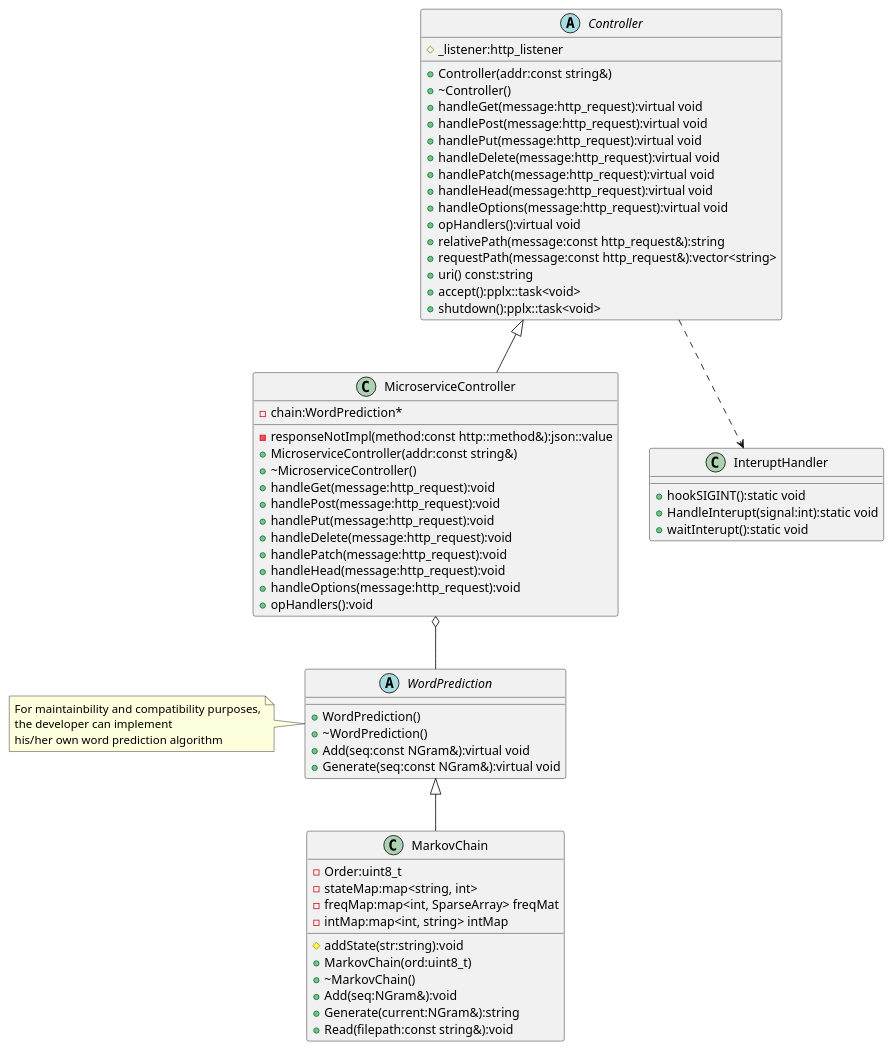
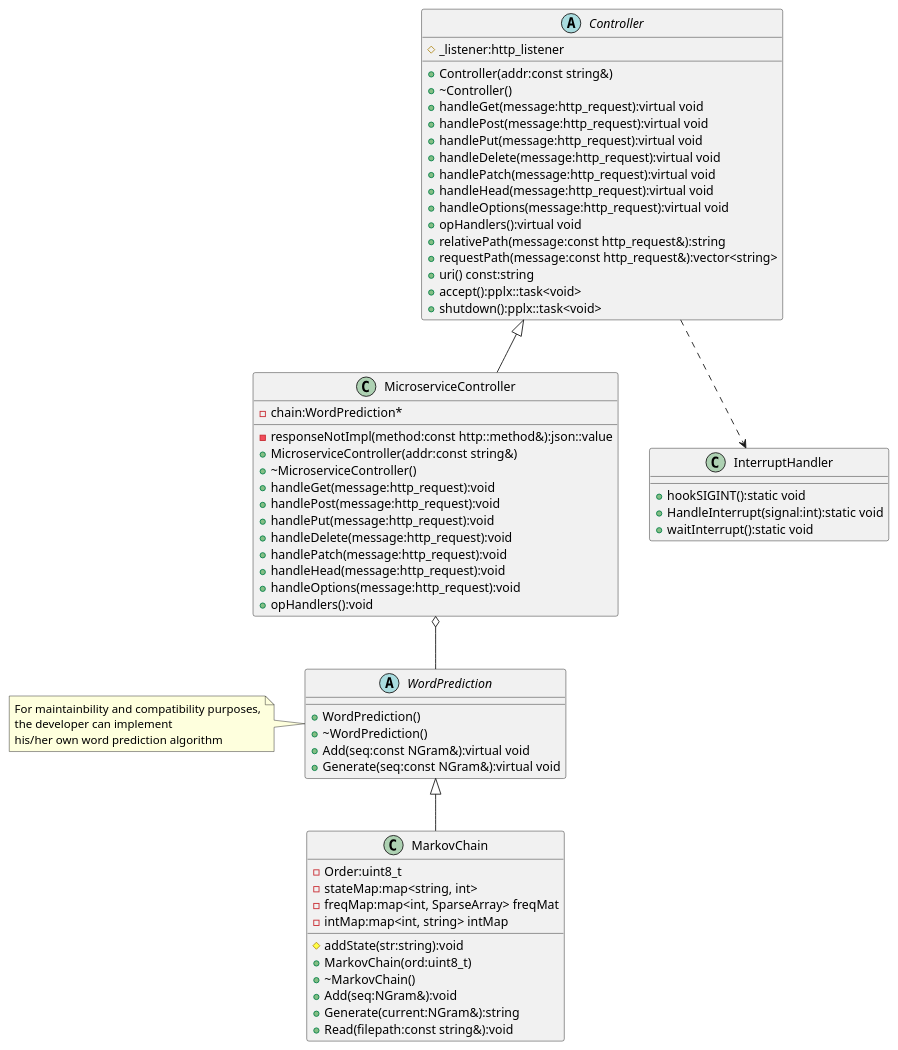
The diagram in markovplay.puml (afairon/markov-cpp-playground), drawn with PlantUML before and after one commit. The commit also changed 3 other files, not shown here.

```diff
--- a/markovplay.puml
+++ b/markovplay.puml
@@ -1,76 +1,76 @@
 @startuml Markov Playground
 
 skinparam classFontSize 16
 skinparam ClassAttributeFontSize 14
 
 abstract Controller {
     #_listener:http_listener
     +Controller(addr:const string&)
     +~Controller()
     +handleGet(message:http_request):virtual void
     +handlePost(message:http_request):virtual void
     +handlePut(message:http_request):virtual void
     +handleDelete(message:http_request):virtual void
     +handlePatch(message:http_request):virtual void
     +handleHead(message:http_request):virtual void
     +handleOptions(message:http_request):virtual void
     +opHandlers():virtual void
     +relativePath(message:const http_request&):string
     +requestPath(message:const http_request&):vector<string>
     +uri() const:string
     +accept():pplx::task<void>
     +shutdown():pplx::task<void>
 }
 
 class MicroserviceController {
     -chain:WordPrediction*
     -responseNotImpl(method:const http::method&):json::value
     +MicroserviceController(addr:const string&)
     +~MicroserviceController()
     +handleGet(message:http_request):void
     +handlePost(message:http_request):void
     +handlePut(message:http_request):void
     +handleDelete(message:http_request):void
     +handlePatch(message:http_request):void
     +handleHead(message:http_request):void
     +handleOptions(message:http_request):void
     +opHandlers():void
 }
 
-class InteruptHandler {
+class InterruptHandler {
     +hookSIGINT():static void
-    +HandleInterupt(signal:int):static void
-    +waitInterupt():static void
+    +HandleInterrupt(signal:int):static void
+    +waitInterrupt():static void
 }
 
 Controller <|-- MicroserviceController
-Controller ..> InteruptHandler
+Controller ..> InterruptHandler
 
 abstract class WordPrediction {
     +WordPrediction()
     +~WordPrediction()
     +Add(seq:const NGram&):virtual void
     +Generate(seq:const NGram&):virtual void
 }
 
 Class MarkovChain {
     -Order:uint8_t
     -stateMap:map<string, int>
     -freqMap:map<int, SparseArray> freqMat
     -intMap:map<int, string> intMap
     #addState(str:string):void
     +MarkovChain(ord:uint8_t)
     +~MarkovChain()
     +Add(seq:NGram&):void
     +Generate(current:NGram&):string
     +Read(filepath:const string&):void
 }
 
 ' Word prediction
 WordPrediction <|-- MarkovChain
 
 MicroserviceController o-- WordPrediction
 
 note left of WordPrediction : For maintainbility and compatibility purposes,\nthe developer can implement\nhis/her own word prediction algorithm
 
 @enduml
```
